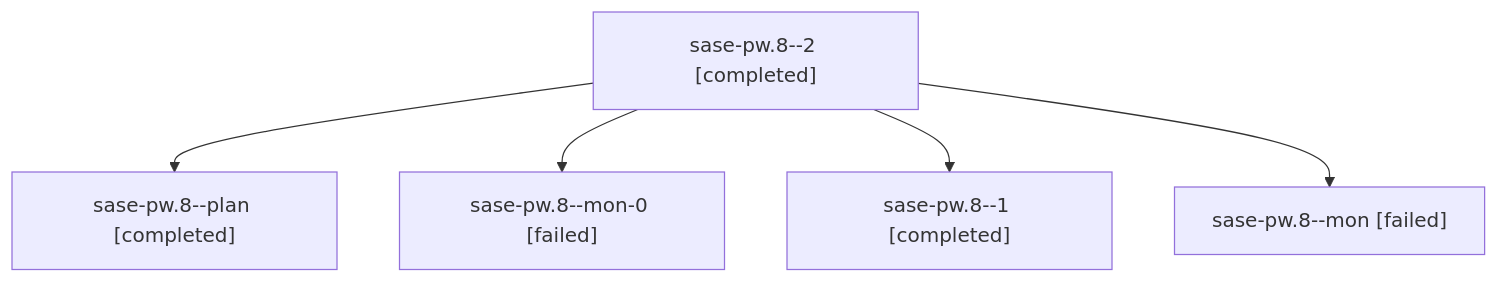
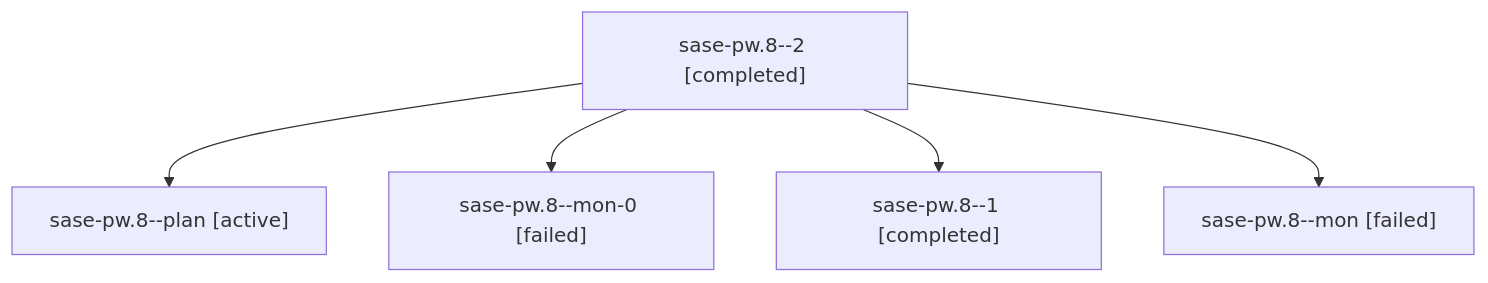
Before and after one commit to sase-org/sase--agents: the diagram in families/bbugyi200.athena.sase-pw.8.md, drawn with Mermaid. The commit also changed other lines of this file and 35830 other files, not shown here.

````diff
--- a/families/bbugyi200.athena.sase-pw.8.md
+++ b/families/bbugyi200.athena.sase-pw.8.md
@@ -9,12 +9,12 @@
 ```mermaid
 flowchart TD
   n0["sase-pw.8--2 [completed]"]
-  n1["sase-pw.8--plan [completed]"]
+  n1["sase-pw.8--plan [active]"]
   n0 --> n1
   n2["sase-pw.8--mon-0 [failed]"]
   n0 --> n2
   n3["sase-pw.8--1 [completed]"]
   n0 --> n3
   n4["sase-pw.8--mon [failed]"]
   n0 --> n4
 ```
````
